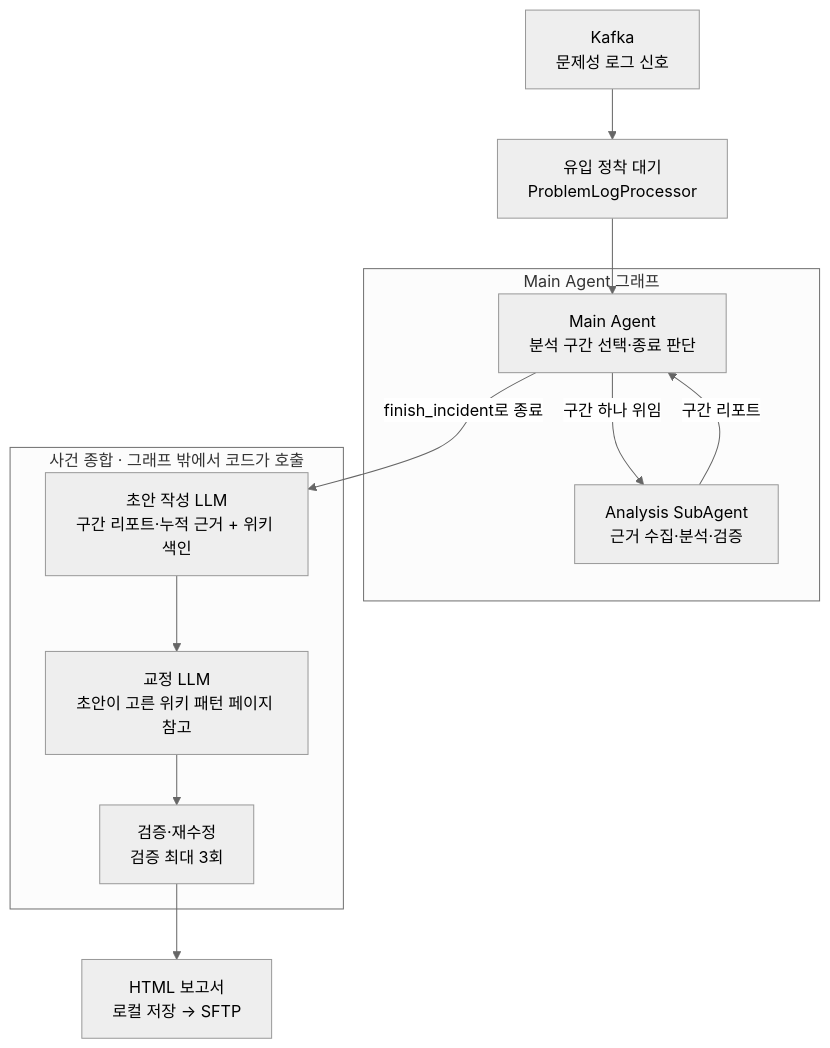
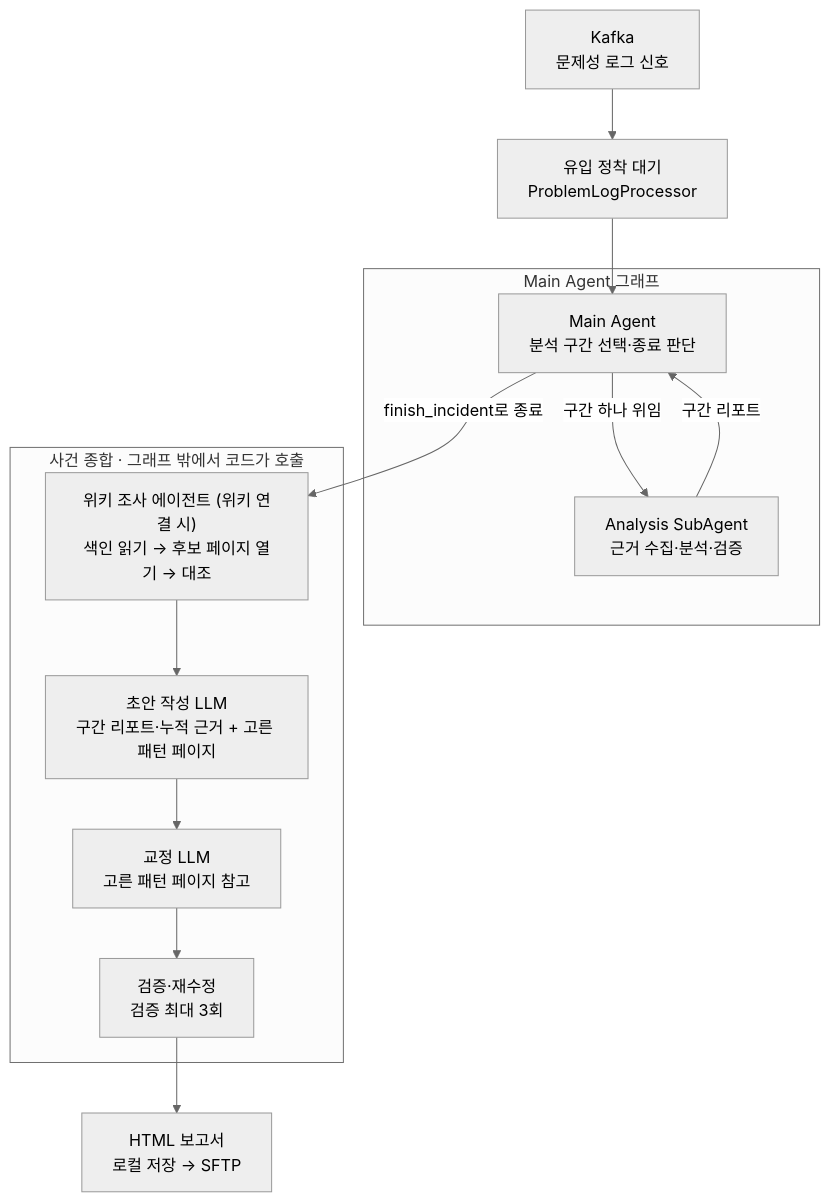
One commit to BaektotheFuture98/ClusterDoctor changed the diagram in README.md. Above: the diagram before and after it, drawn with Mermaid (neutral theme). The commit also changed other lines of this file and 1 other file, not shown here.

````diff
--- a/README.md
+++ b/README.md
@@ -53,15 +53,16 @@
 ```mermaid
 flowchart TD
     K["Kafka<br/>문제성 로그 신호"] --> S["유입 정착 대기<br/>ProblemLogProcessor"]
     S --> M
     subgraph G["Main Agent 그래프"]
         M["Main Agent<br/>분석 구간 선택·종료 판단"] -->|"구간 하나 위임"| A["Analysis SubAgent<br/>근거 수집·분석·검증"]
         A -->|"구간 리포트"| M
     end
     M -->|"finish_incident로 종료"| Y1
     subgraph Y["사건 종합 · 그래프 밖에서 코드가 호출"]
-        Y1["초안 작성 LLM<br/>구간 리포트·누적 근거 + 위키 색인"] --> Y2["교정 LLM<br/>초안이 고른 위키 패턴 페이지 참고"]
-        Y2 --> Y3["검증·재수정<br/>검증 최대 3회"]
+        Y1["위키 조사 에이전트 (위키 연결 시)<br/>색인 읽기 → 후보 페이지 열기 → 대조"] --> Y2["초안 작성 LLM<br/>구간 리포트·누적 근거 + 고른 패턴 페이지"]
+        Y2 --> Y3["교정 LLM<br/>고른 패턴 페이지 참고"]
+        Y3 --> Y4["검증·재수정<br/>검증 최대 3회"]
     end
-    Y3 --> R["HTML 보고서<br/>로컬 저장 → SFTP"]
+    Y4 --> R["HTML 보고서<br/>로컬 저장 → SFTP"]
 ```
````
